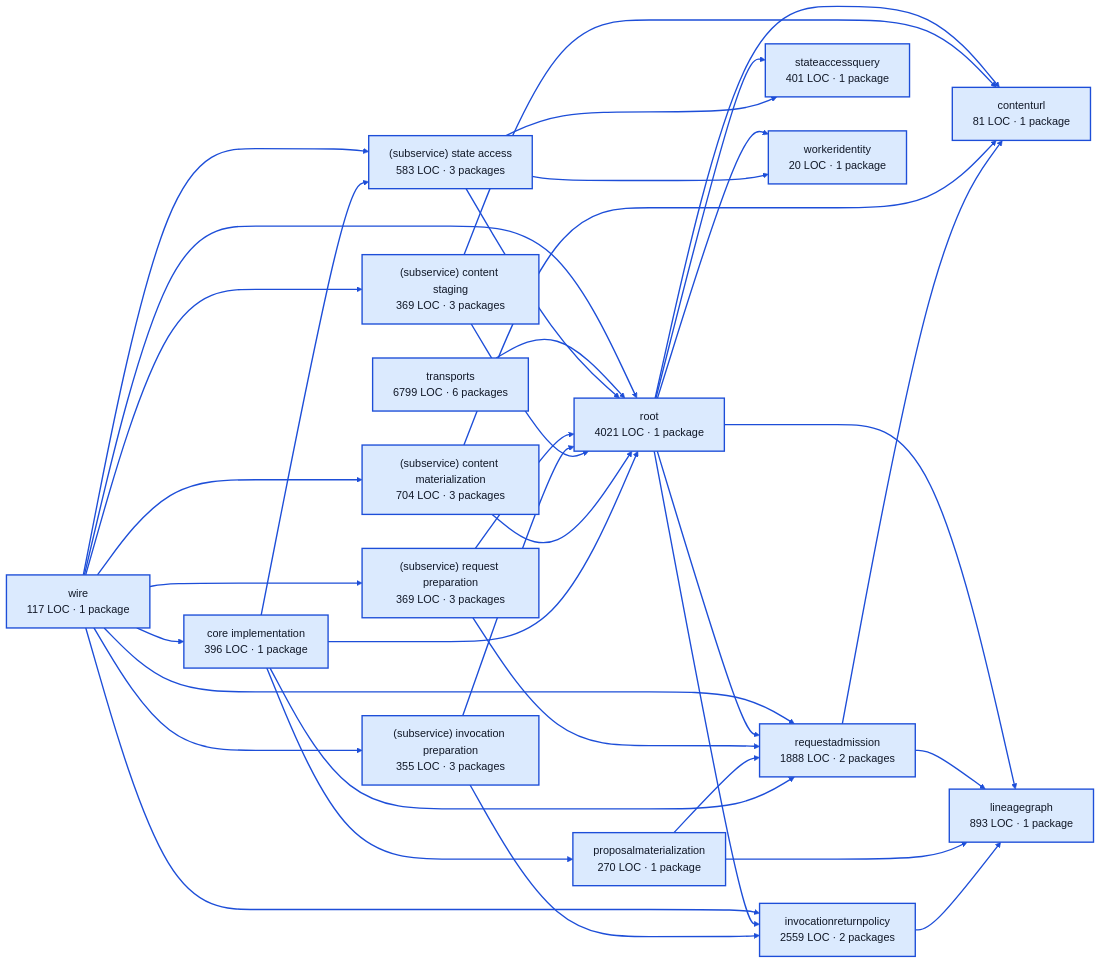
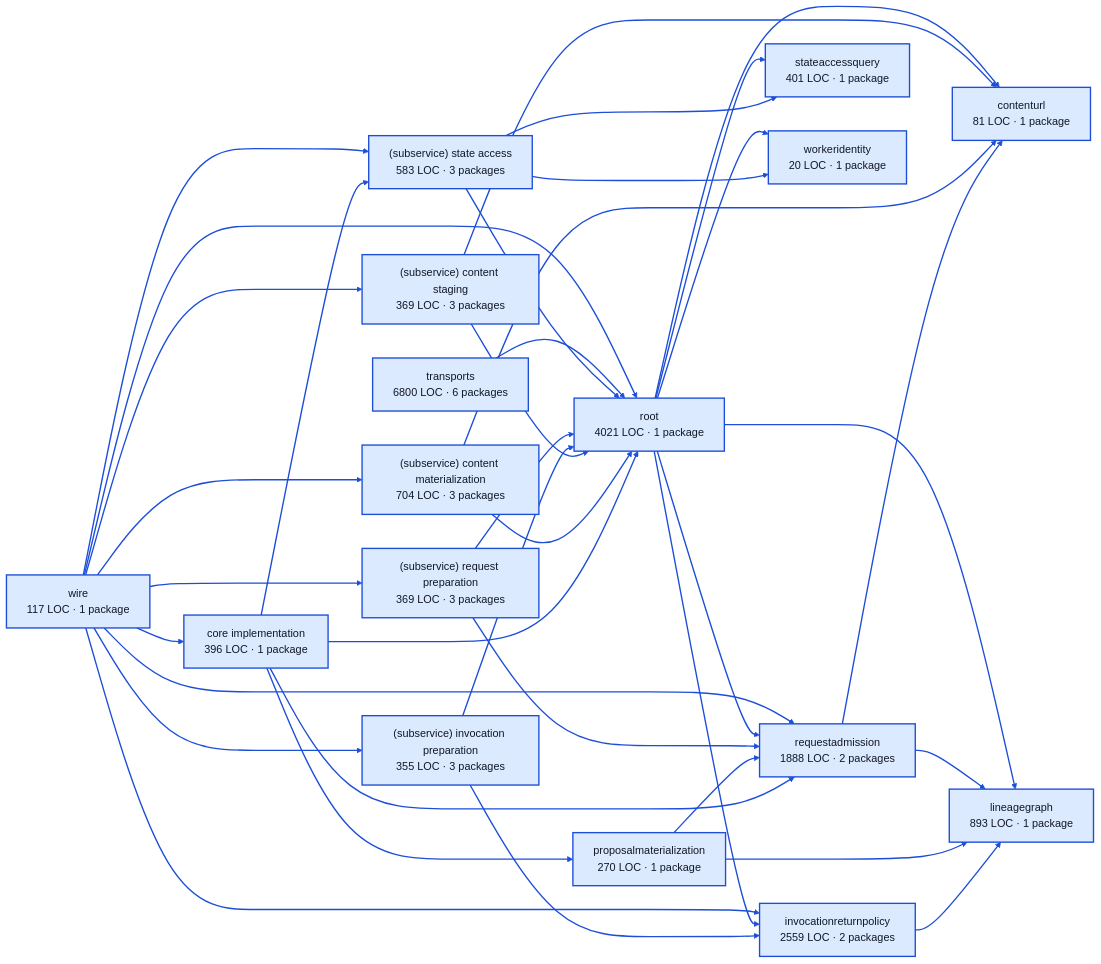
One commit to portpowered/you-agent-factory changed the diagram in docs/architecture/visualizations/services/work.md. Above: the diagram before and after it, drawn with Mermaid (forest theme). The commit also changed other lines of this file and 20 other files, not shown here.

Commit message:
docs: refresh backend architecture visualizations

````diff
--- a/docs/architecture/visualizations/services/work.md
+++ b/docs/architecture/visualizations/services/work.md
@@ -11,72 +11,72 @@
 ```mermaid
 flowchart LR
   p0["core implementation<br/>396 LOC · 1 package"]
   p1["contenturl<br/>81 LOC · 1 package"]
   p2["invocationreturnpolicy<br/>2559 LOC · 2 packages"]
   p3["lineagegraph<br/>893 LOC · 1 package"]
   p4["proposalmaterialization<br/>270 LOC · 1 package"]
   p5["requestadmission<br/>1888 LOC · 2 packages"]
   p6["(subservice) content materialization<br/>704 LOC · 3 packages"]
   p7["(subservice) content staging<br/>369 LOC · 3 packages"]
   p8["(subservice) invocation preparation<br/>355 LOC · 3 packages"]
   p9["(subservice) request preparation<br/>369 LOC · 3 packages"]
   p10["(subservice) state access<br/>583 LOC · 3 packages"]
   p11["stateaccessquery<br/>401 LOC · 1 package"]
   p12["workeridentity<br/>20 LOC · 1 package"]
   p13["root<br/>4021 LOC · 1 package"]
-  p14["transports<br/>6799 LOC · 6 packages"]
+  p14["transports<br/>6800 LOC · 6 packages"]
   p15["wire<br/>117 LOC · 1 package"]
   p0 --> p4
   p0 --> p5
   p0 --> p10
   p0 --> p13
   p2 --> p3
   p4 --> p3
   p4 --> p5
   p5 --> p1
   p5 --> p3
   p6 --> p1
   p6 --> p13
   p7 --> p1
   p7 --> p13
   p8 --> p2
   p8 --> p13
   p9 --> p5
   p9 --> p13
   p10 --> p11
   p10 --> p12
   p10 --> p13
   p13 --> p1
   p13 --> p2
   p13 --> p3
   p13 --> p5
   p13 --> p11
   p13 --> p12
   p14 --> p13
   p15 --> p0
   p15 --> p2
   p15 --> p5
   p15 --> p6
   p15 --> p7
   p15 --> p8
   p15 --> p9
   p15 --> p10
   p15 --> p13
   style p0 fill:#dbeafe,stroke:#1d4ed8,stroke-width:2px,color:#111827
   style p1 fill:#dbeafe,stroke:#1d4ed8,stroke-width:2px,color:#111827
   style p2 fill:#dbeafe,stroke:#1d4ed8,stroke-width:2px,color:#111827
   style p3 fill:#dbeafe,stroke:#1d4ed8,stroke-width:2px,color:#111827
   style p4 fill:#dbeafe,stroke:#1d4ed8,stroke-width:2px,color:#111827
   style p5 fill:#dbeafe,stroke:#1d4ed8,stroke-width:2px,color:#111827
   style p6 fill:#dbeafe,stroke:#1d4ed8,stroke-width:2px,color:#111827
   style p7 fill:#dbeafe,stroke:#1d4ed8,stroke-width:2px,color:#111827
   style p8 fill:#dbeafe,stroke:#1d4ed8,stroke-width:2px,color:#111827
   style p9 fill:#dbeafe,stroke:#1d4ed8,stroke-width:2px,color:#111827
   style p10 fill:#dbeafe,stroke:#1d4ed8,stroke-width:2px,color:#111827
   style p11 fill:#dbeafe,stroke:#1d4ed8,stroke-width:2px,color:#111827
   style p12 fill:#dbeafe,stroke:#1d4ed8,stroke-width:2px,color:#111827
   style p13 fill:#dbeafe,stroke:#1d4ed8,stroke-width:2px,color:#111827
   style p14 fill:#dbeafe,stroke:#1d4ed8,stroke-width:2px,color:#111827
   style p15 fill:#dbeafe,stroke:#1d4ed8,stroke-width:2px,color:#111827
   linkStyle default stroke:#1d4ed8,stroke-width:2px
 ```
````
